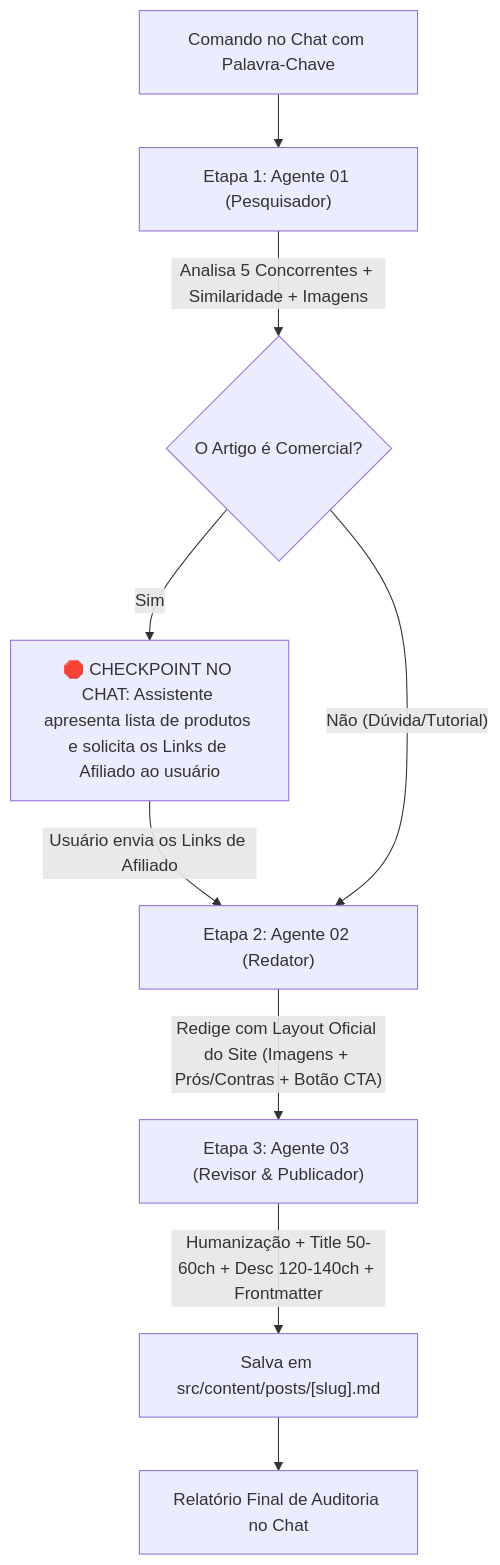
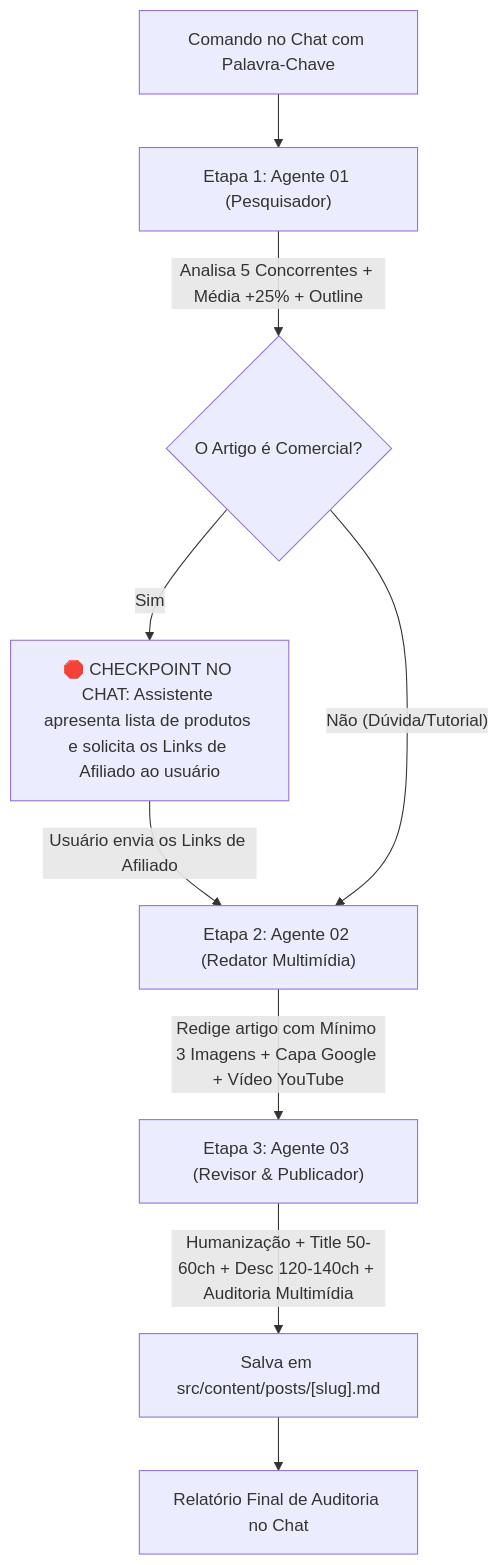
Before and after one commit to edgar-avila02/melhoresfones: the diagram in agents/00-orquestrador.md, drawn with Mermaid. The commit also changed other lines of this file and 6 other files, not shown here.

Commit message:
feat(agents): formalizar regra de minimo 3 imagens, capa de alto impacto e video do youtube nos agentes e artigo

````diff
--- a/agents/00-orquestrador.md
+++ b/agents/00-orquestrador.md
@@ -35,14 +33,14 @@
 ```mermaid
 graph TD
     A["Comando no Chat com Palavra-Chave"] --> B["Etapa 1: Agente 01 (Pesquisador)"]
-    B -->|"Analisa 5 Concorrentes + Similaridade + Imagens"| C{"O Artigo é Comercial?"}
+    B -->|"Analisa 5 Concorrentes + Média +25% + Outline"| C{"O Artigo é Comercial?"}
     
     C -- Sim --> D["🛑 CHECKPOINT NO CHAT: Assistente apresenta lista de produtos e solicita os Links de Afiliado ao usuário"]
-    D -->|"Usuário envia os Links de Afiliado"| E["Etapa 2: Agente 02 (Redator)"]
+    D -->|"Usuário envia os Links de Afiliado"| E["Etapa 2: Agente 02 (Redator Multimídia)"]
     
     C -- Não (Dúvida/Tutorial) --> E
     
-    E -->|"Redige com Layout Oficial do Site (Imagens + Prós/Contras + Botão CTA)"| F["Etapa 3: Agente 03 (Revisor &amp; Publicador)"]
-    F -->|"Humanização + Title 50-60ch + Desc 120-140ch + Frontmatter"| G["Salva em src/content/posts/[slug].md"]
+    E -->|"Redige artigo com Mínimo 3 Imagens + Capa Google + Vídeo YouTube"| F["Etapa 3: Agente 03 (Revisor &amp; Publicador)"]
+    F -->|"Humanização + Title 50-60ch + Desc 120-140ch + Auditoria Multimídia"| G["Salva em src/content/posts/[slug].md"]
     G --> H["Relatório Final de Auditoria no Chat"]
 ```
````
